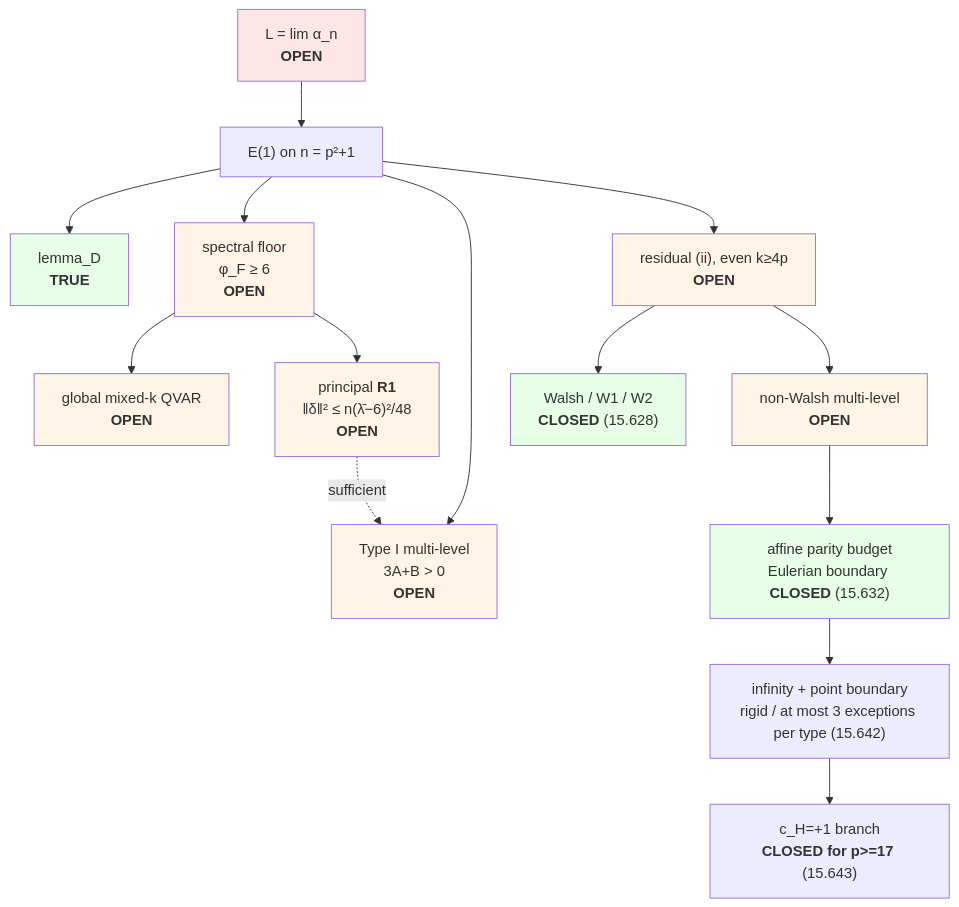
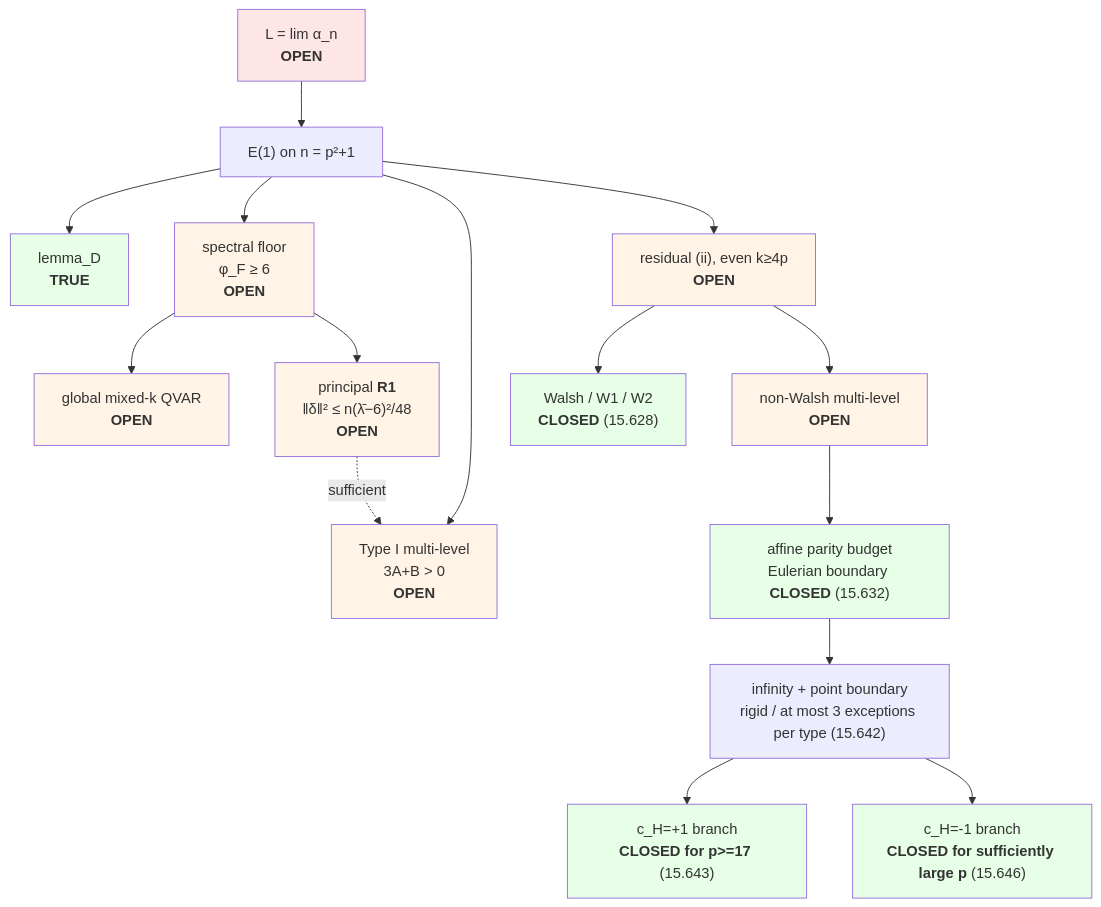
The diagram in README.md (luckyseoul/quadratic-minmax-limit), drawn with Mermaid before and after one commit. The commit also changed other lines of this file and 10 other files, not shown here.

````diff
--- a/README.md
+++ b/README.md
@@ -92,26 +94,29 @@
 ```mermaid
 graph TD
     L["L = lim α_n<br/><b>OPEN</b>"] --> E1["E(1) on n = p²+1"]
     E1 --> D["lemma_D<br/><b>TRUE</b>"]
     E1 --> FLOOR["spectral floor<br/>φ_F ≥ 6<br/><b>OPEN</b>"]
     FLOOR --> QVAR["global mixed-k QVAR<br/><b>OPEN</b>"]
     FLOOR --> R1["principal <b>R1</b><br/>‖δ‖² ≤ n(λ̄−6)²/48<br/><b>OPEN</b>"]
     E1 --> TYPEI["Type I multi-level<br/>3A+B > 0<br/><b>OPEN</b>"]
     R1 -. sufficient .-> TYPEI
     E1 --> RES["residual (ii), even k≥4p<br/><b>OPEN</b>"]
     RES --> WALSH["Walsh / W1 / W2<br/><b>CLOSED</b> (15.628)"]
     RES --> MULTI["non-Walsh multi-level<br/><b>OPEN</b>"]
     MULTI --> BUDGET["affine parity budget<br/>Eulerian boundary <b>CLOSED</b> (15.632)"]
     BUDGET --> RIGID["infinity + point boundary<br/>rigid / at most 3 exceptions per type (15.642)"]
     RIGID --> POSKILL["c_H=+1 branch<br/><b>CLOSED for p>=17</b> (15.643)"]
+    RIGID --> NEGKILL["c_H=-1 branch<br/><b>CLOSED for sufficiently large p</b> (15.646)"]
     style L fill:#ffe6e6
     style D fill:#e6ffe6
     style FLOOR fill:#fff4e6
     style QVAR fill:#fff4e6
     style R1 fill:#fff4e6
     style TYPEI fill:#fff4e6
     style RES fill:#fff4e6
     style WALSH fill:#e6ffe6
     style MULTI fill:#fff4e6
     style BUDGET fill:#e6ffe6
+    style POSKILL fill:#e6ffe6
+    style NEGKILL fill:#e6ffe6
 ```
````
